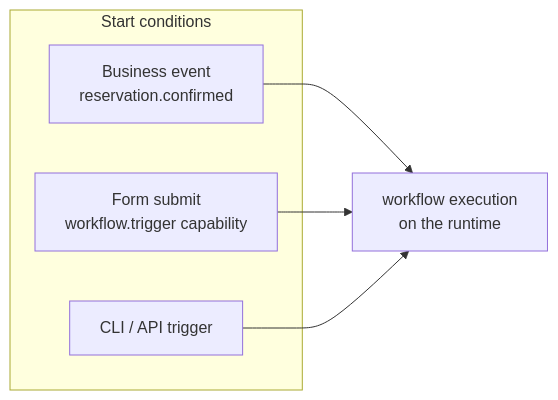
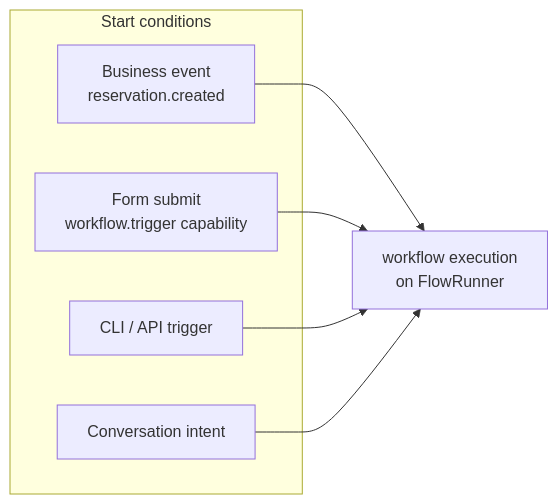
The first of 2 diagrams in docs/solutions/workflows.md (qefro-ai/qefro-documentation), drawn with Mermaid before and after one commit. The commit also changed other lines of this file and 48 other files, not shown here.

````diff
--- a/docs/solutions/workflows.md
+++ b/docs/solutions/workflows.md
@@ -71,11 +92,13 @@
 ```mermaid
 flowchart LR
     subgraph Start conditions
-        E[Business event<br/>reservation.confirmed]
+        E[Business event<br/>reservation.created]
         F[Form submit<br/>workflow.trigger capability]
         C[CLI / API trigger]
+        CH[Conversation intent]
     end
-    E --> WF[workflow execution<br/>on the runtime]
+    E --> WF[workflow execution<br/>on FlowRunner]
     F --> WF
     C --> WF
+    CH --> WF
 ```
````
